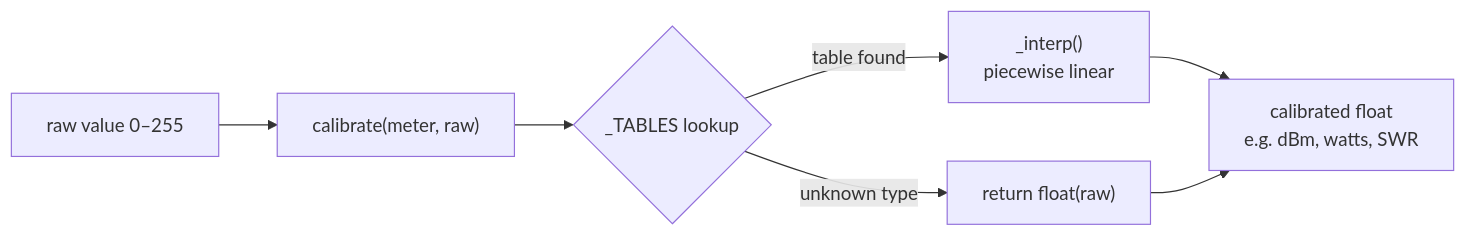
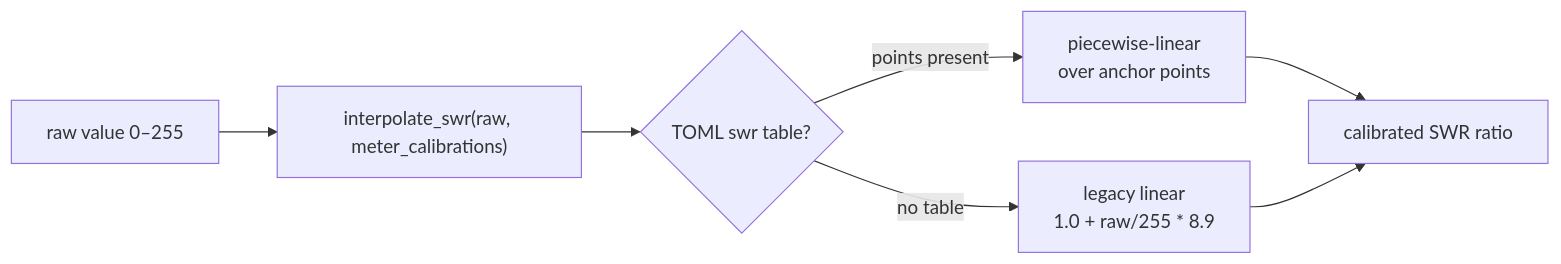
Before and after one commit to morozsm/icom-lan: diagram 12 of 21 in docs/internals/architecture.md, drawn with Mermaid. The commit also changed other lines of this file and 2 other files, not shown here.

Commit message:
chore: deduplicate meter_cal._TABLES — TOML calibration is authoritative (refs #1209)
Per-rig TOML calibration shipped in v0.19 (#1173) — every Icom rig now
declares ``[[meters.swr.calibration]]`` and downstream callers route
through ``RadioProfile.meter_calibrations`` + ``interpolate_swr``. The
hardcoded ``_TABLES`` dict and ``calibrate()`` wrapper had no remaining
consumers outside ``meter_cal.py`` itself and constituted a drift hazard
(IC-7610 anchor points duplicated between TOML and Python).

- Remove ``_TABLES`` and ``calibrate()`` from ``src/icom_lan/meter_cal.py``.
- Refresh module docstring + ``__all__`` to reflect TOML-driven flow.
- Update ``docs/internals/architecture.md`` mermaid diagram to drop the
  ``_TABLES lookup`` node and show the ``interpolate_swr`` path.
- Add ``### Removed`` entry under ``[Unreleased]`` in ``docs/CHANGELOG.md``.

Closes #1209

````diff
--- a/docs/internals/architecture.md
+++ b/docs/internals/architecture.md
@@ -953,9 +953,9 @@
 ```mermaid
 flowchart LR
-    Raw["raw value 0–255"] --> Cal["calibrate(meter, raw)"]
-    Cal --> Tbl{_TABLES lookup}
-    Tbl -->|table found| Interp["_interp()\npiecewise linear"]
-    Tbl -->|unknown type| Pass["return float(raw)"]
-    Interp --> Out["calibrated float\ne.g. dBm, watts, SWR"]
-    Pass --> Out
+    Raw["raw value 0–255"] --> Interp["interpolate_swr(raw, meter_calibrations)"]
+    Interp --> Tbl{TOML swr table?}
+    Tbl -->|points present| PWL["piecewise-linear\nover anchor points"]
+    Tbl -->|no table| Legacy["legacy linear\n1.0 + raw/255 * 8.9"]
+    PWL --> Out["calibrated SWR ratio"]
+    Legacy --> Out
 ```
````
